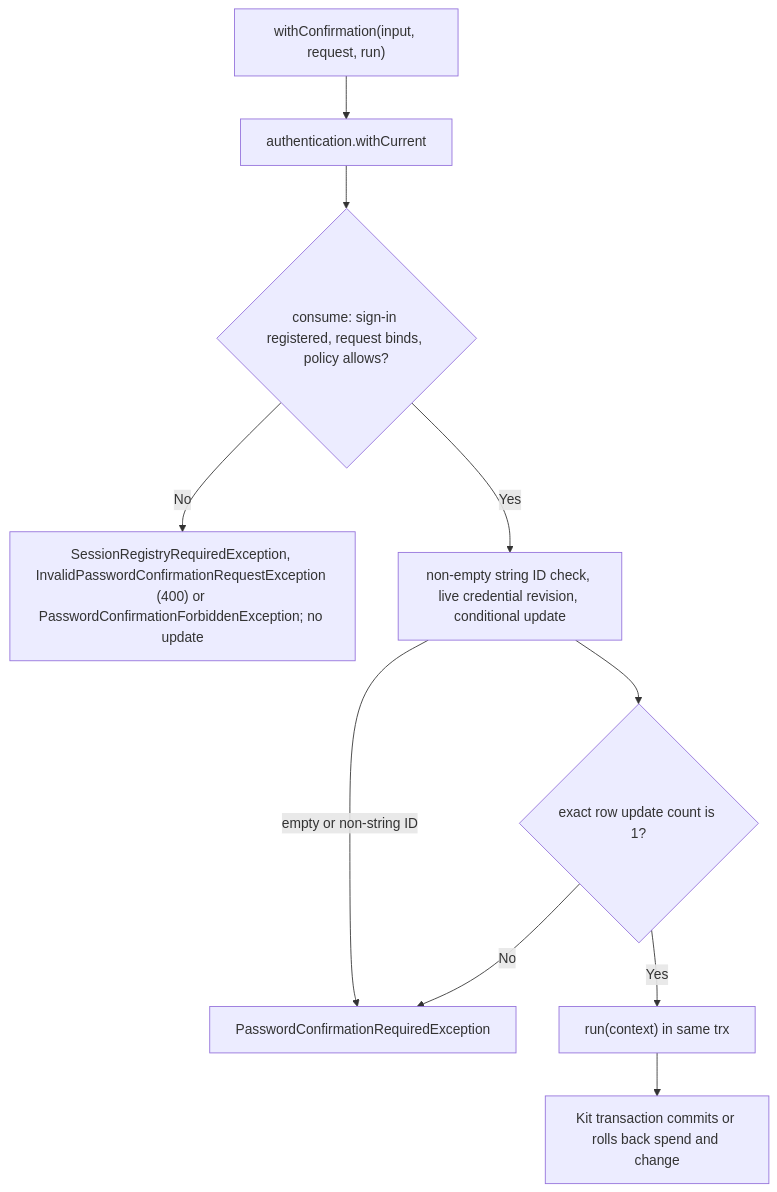
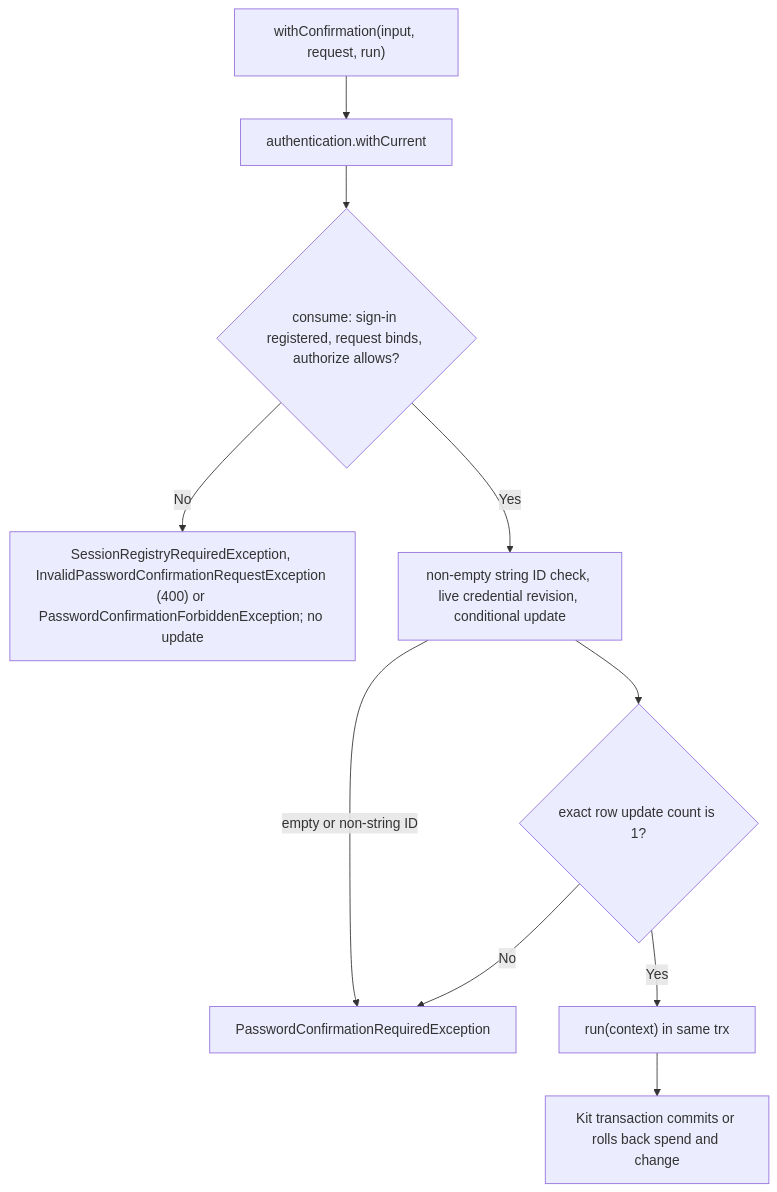
One commit to Kevinjohn/oss-adonisjs-confirm-action-with-password changed the second of 2 diagrams in user-stories/US-CONFIRM-02-spend-confirmation.md. Above: the diagram before and after it, drawn with Mermaid. The commit also changed other lines of this file and 25 other files, not shown here.

````diff
--- a/user-stories/US-CONFIRM-02-spend-confirmation.md
+++ b/user-stories/US-CONFIRM-02-spend-confirmation.md
@@ -35,12 +35,12 @@
 ```mermaid
 flowchart TD
     A["withConfirmation(input, request, run)"] --> B["authentication.withCurrent"]
-    B --> C{"consume: sign-in registered, request binds, policy allows?"}
+    B --> C{"consume: sign-in registered, request binds, authorize allows?"}
     C -->|No| C2["SessionRegistryRequiredException, InvalidPasswordConfirmationRequestException (400) or PasswordConfirmationForbiddenException; no update"]
     C -->|Yes| C3["non-empty string ID check, live credential revision, conditional update"]
     C3 -->|"empty or non-string ID"| E
     C3 --> D{"exact row update count is 1?"}
     D -->|No| E["PasswordConfirmationRequiredException"]
     D -->|Yes| F["run(context) in same trx"]
     F --> G["Kit transaction commits or rolls back spend and change"]
 ```
````
